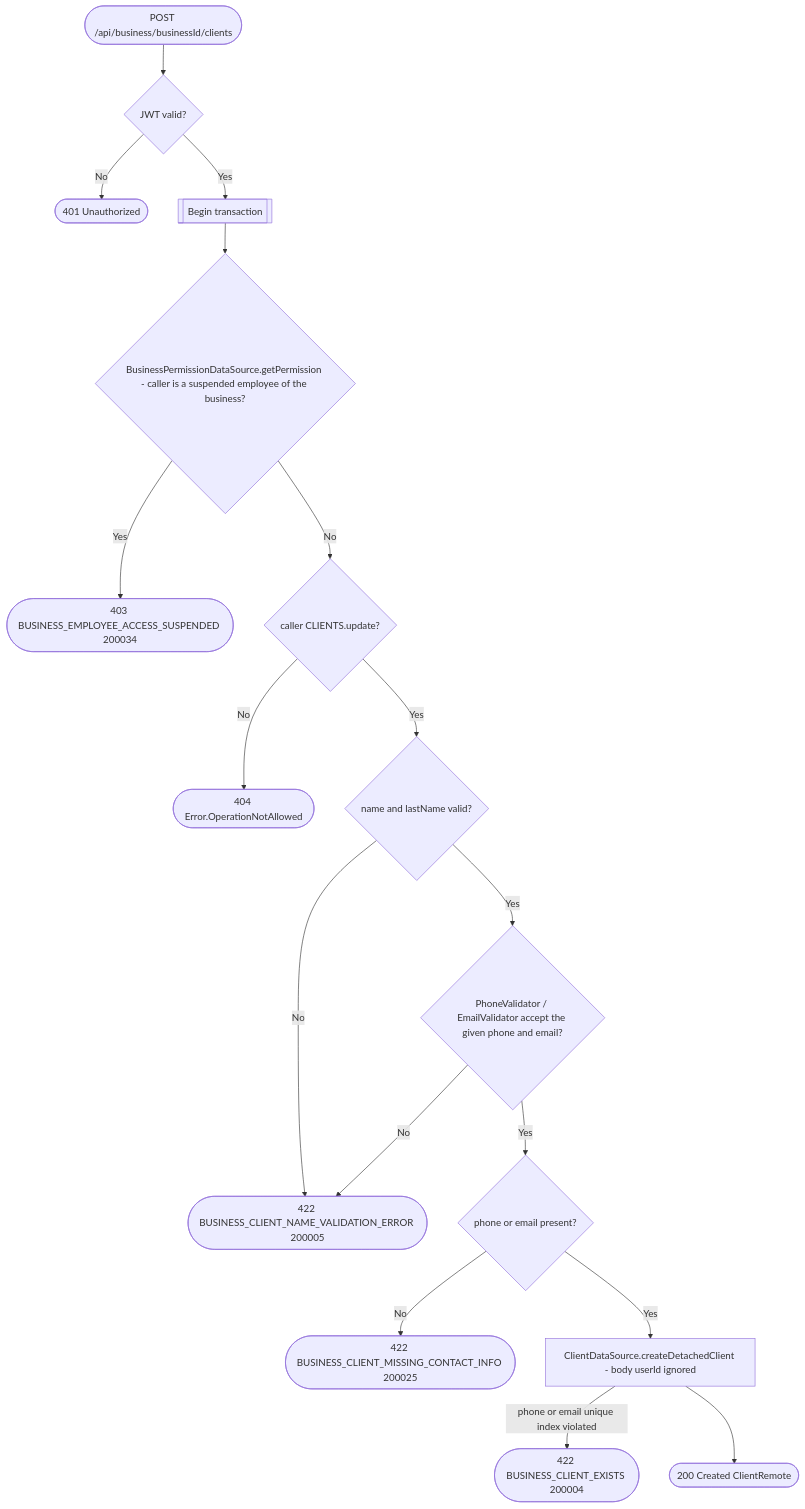
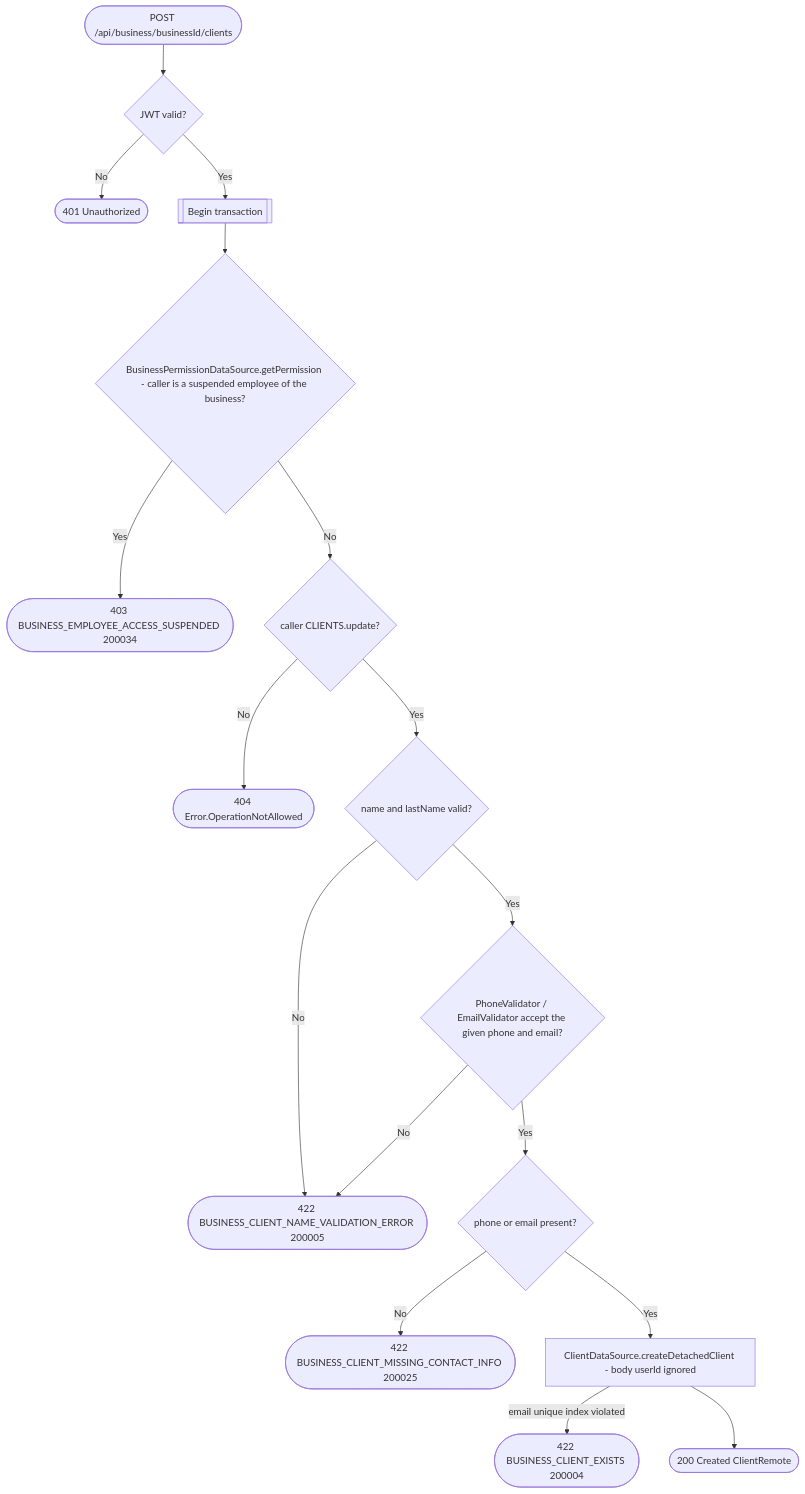
Before and after one commit to nocturneproperties/bookkme: the diagram in docs/operations/business/create-client.md, drawn with Mermaid. The commit also changed other lines of this file and 36 other files, not shown here.

````diff
--- a/docs/operations/business/create-client.md
+++ b/docs/operations/business/create-client.md
@@ -22,19 +22,19 @@
 ```mermaid
 flowchart TD
     Start([POST /api/business/businessId/clients]) --> Auth{JWT valid?}
     Auth -- No --> R401([401 Unauthorized])
     Auth -- Yes --> Tx[[Begin transaction]]
     Tx --> Suspended{BusinessPermissionDataSource.getPermission - caller is a suspended employee of the business?}
     Suspended -- Yes --> R403s([403 BUSINESS_EMPLOYEE_ACCESS_SUSPENDED 200034])
     Suspended -- No --> Perm{caller CLIENTS.update?}
     Perm -- No --> R404a([404 Error.OperationNotAllowed])
     Perm -- Yes --> NameCheck{name and lastName valid?}
     NameCheck -- No --> R422a([422 BUSINESS_CLIENT_NAME_VALIDATION_ERROR 200005])
     NameCheck -- Yes --> FormatCheck{PhoneValidator / EmailValidator accept the given phone and email?}
     FormatCheck -- No --> R422a
     FormatCheck -- Yes --> ContactCheck{phone or email present?}
     ContactCheck -- No --> R422c([422 BUSINESS_CLIENT_MISSING_CONTACT_INFO 200025])
     ContactCheck -- Yes --> CreateDetached[ClientDataSource.createDetachedClient - body userId ignored]
-    CreateDetached -- phone or email unique index violated --> R422b([422 BUSINESS_CLIENT_EXISTS 200004])
+    CreateDetached -- email unique index violated --> R422b([422 BUSINESS_CLIENT_EXISTS 200004])
     CreateDetached --> R200([200 Created ClientRemote])
 ```
````
